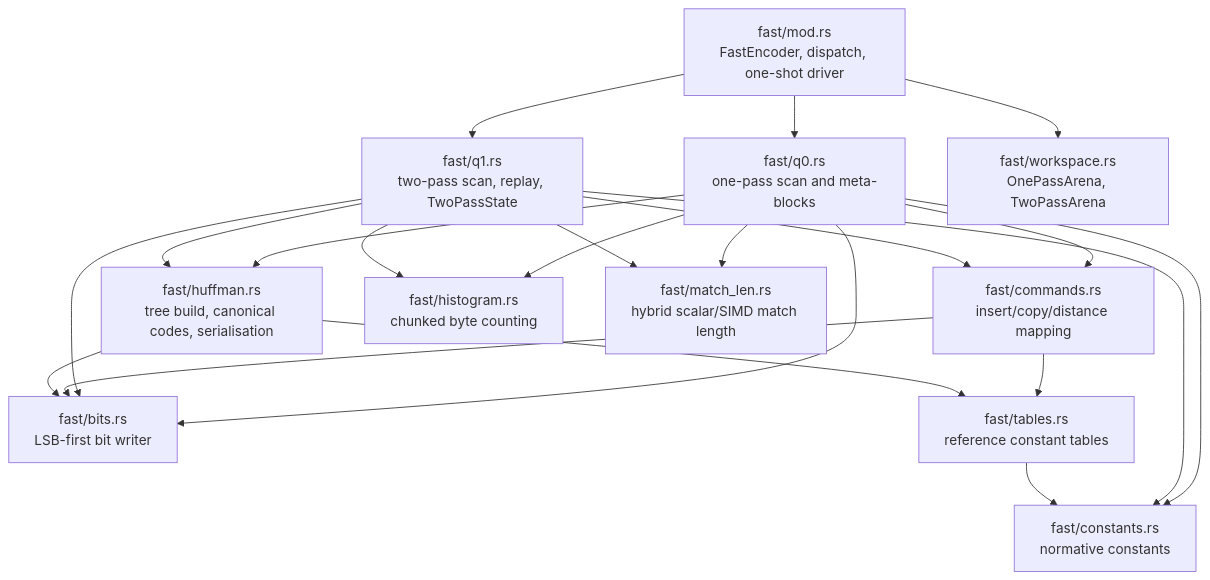
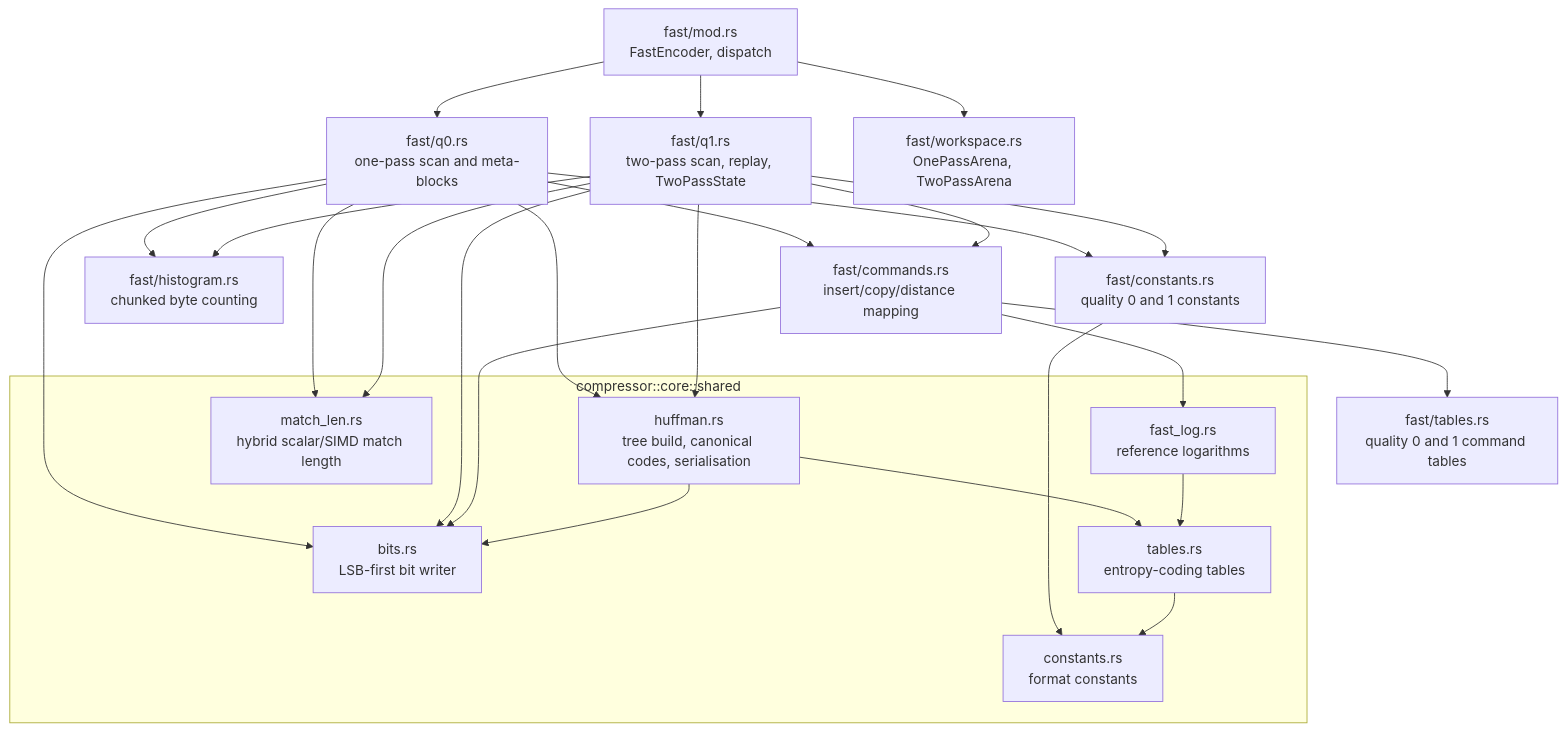
The first of 9 diagrams in architecture/fast-encoder.md (Mnwa/mbrotli), drawn with Mermaid before and after one commit. The commit also changed other lines of this file and 84 other files, not shown here.

````diff
--- a/architecture/fast-encoder.md
+++ b/architecture/fast-encoder.md
@@ -14,35 +15,44 @@
 ```mermaid
 graph TD
-    modmod["fast/mod.rs<br/>FastEncoder, dispatch, one-shot driver"]
+    modmod["fast/mod.rs<br/>FastEncoder, dispatch"]
     q0["fast/q0.rs<br/>one-pass scan and meta-blocks"]
     q1["fast/q1.rs<br/>two-pass scan, replay, TwoPassState"]
     cmd["fast/commands.rs<br/>insert/copy/distance mapping"]
-    huff["fast/huffman.rs<br/>tree build, canonical codes, serialisation"]
     hist["fast/histogram.rs<br/>chunked byte counting"]
-    ml["fast/match_len.rs<br/>hybrid scalar/SIMD match length"]
-    bits["fast/bits.rs<br/>LSB-first bit writer"]
-    tabs["fast/tables.rs<br/>reference constant tables"]
-    consts["fast/constants.rs<br/>normative constants"]
+    tabs["fast/tables.rs<br/>quality 0 and 1 command tables"]
+    consts["fast/constants.rs<br/>quality 0 and 1 constants"]
     ws["fast/workspace.rs<br/>OnePassArena, TwoPassArena"]
+
+    subgraph shared["compressor::core::shared"]
+        huff["huffman.rs<br/>tree build, canonical codes, serialisation"]
+        ml["match_len.rs<br/>hybrid scalar/SIMD match length"]
+        bits["bits.rs<br/>LSB-first bit writer"]
+        log["fast_log.rs<br/>reference logarithms"]
+        stabs["tables.rs<br/>entropy-coding tables"]
+        sconsts["constants.rs<br/>format constants"]
+    end
 
     modmod --> q0
     modmod --> q1
     modmod --> ws
     q0 --> cmd
     q0 --> huff
     q0 --> hist
     q0 --> ml
     q0 --> bits
     q1 --> cmd
     q1 --> huff
     q1 --> hist
     q1 --> ml
     q1 --> bits
     cmd --> bits
     cmd --> tabs
+    cmd --> log
     huff --> bits
-    huff --> tabs
+    huff --> stabs
     q0 --> consts
     q1 --> consts
-    tabs --> consts
+    consts --> sconsts
+    log --> stabs
+    stabs --> sconsts
 ```
````
